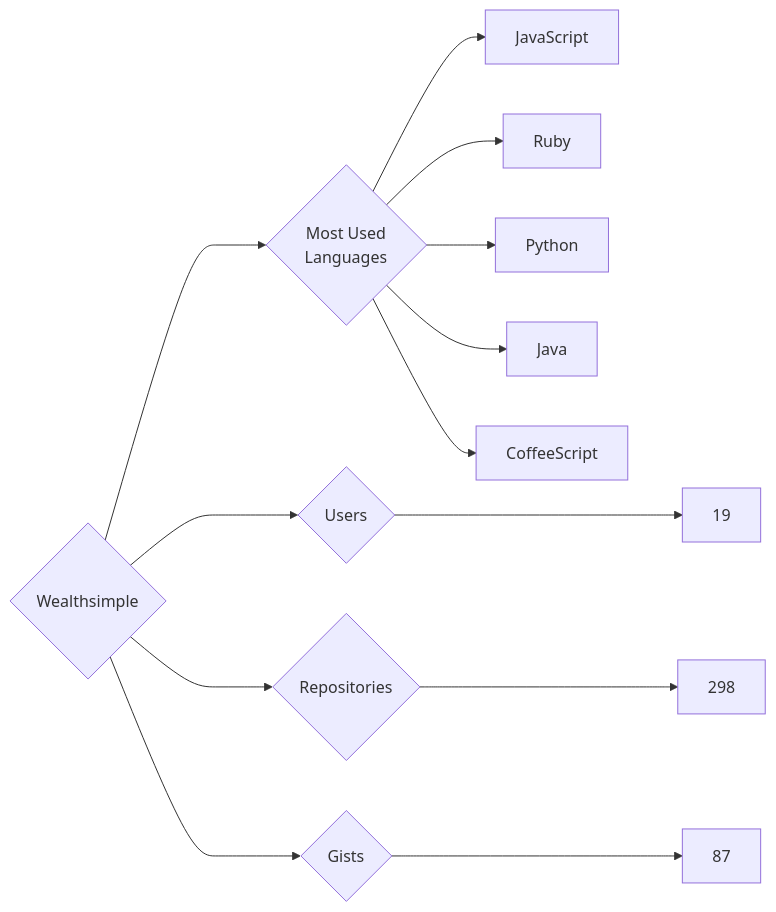
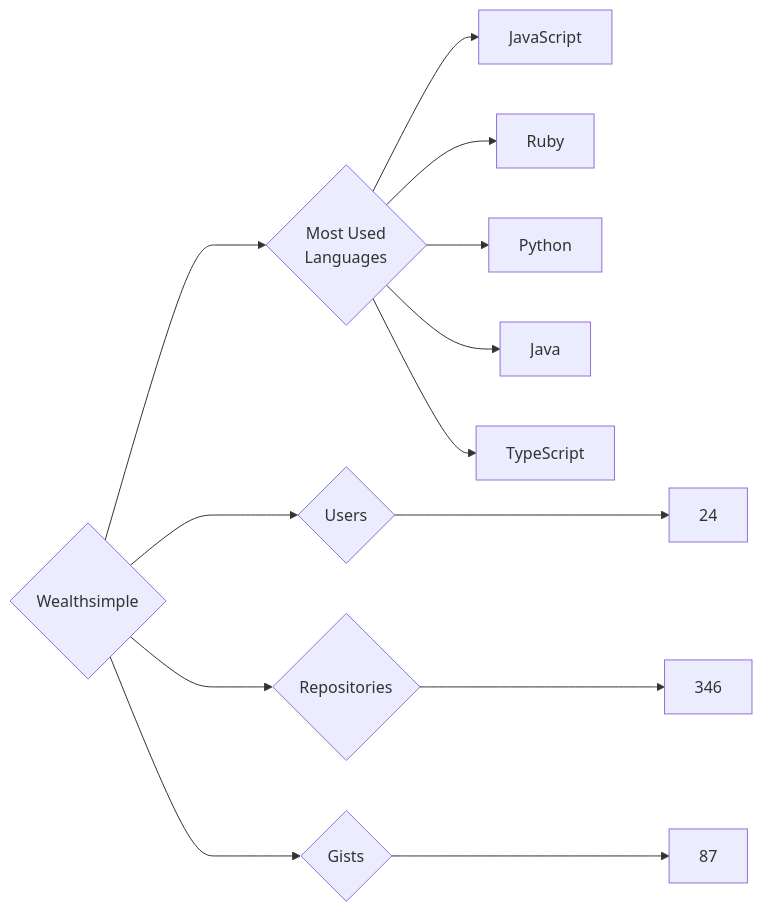
Before and after one commit to trickest/insiders: the diagram in targets/Wealthsimple/README.md, drawn with Mermaid. The commit also changed 1389 other files, not shown here.

````diff
--- a/targets/Wealthsimple/README.md
+++ b/targets/Wealthsimple/README.md
@@ -3,13 +3,13 @@
 ```mermaid
 graph LR
 COMPANY_NAME{Wealthsimple}
-COMPANY_NAME ---> U{Users} ---> UN[19]
-COMPANY_NAME ---> R{Repositories} ---> RN[298]
+COMPANY_NAME ---> U{Users} ---> UN[24]
+COMPANY_NAME ---> R{Repositories} ---> RN[346]
 COMPANY_NAME ---> G{Gists} ---> GN[87]
 COMPANY_NAME ---> ML{Most Used<br>Languages}
 ML --> JavaScript[JavaScript]
 ML --> Ruby[Ruby]
 ML --> Python[Python]
 ML --> Java[Java]
-ML --> CoffeeScript[CoffeeScript]
+ML --> TypeScript[TypeScript]
 ```
````
